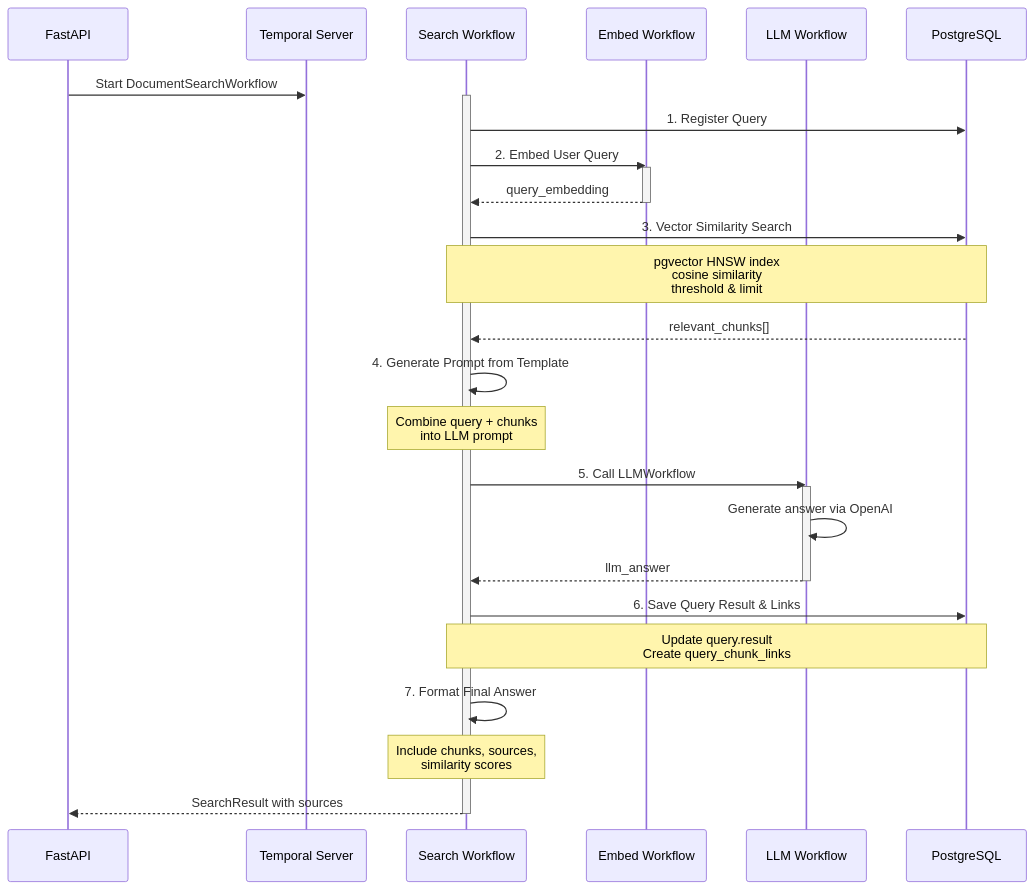
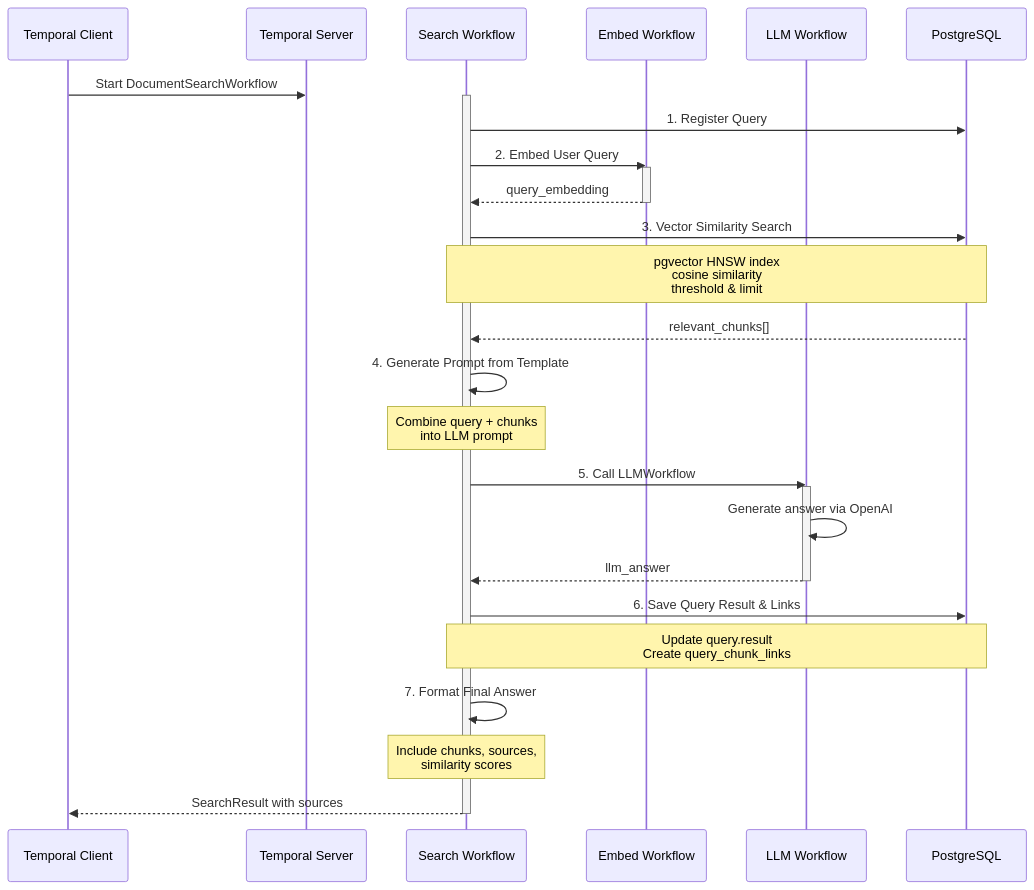
One commit to winnin/gdai changed the fourth of 4 diagrams in README.md. Above: the diagram before and after it, drawn with Mermaid. The commit also changed other lines of this file and 21 other files, not shown here.

First line of the commit message:
refactor: remove API layer and transition to Temporal-only architecture

````diff
--- a/README.md
+++ b/README.md
@@ -264,41 +254,41 @@
 ```mermaid
 sequenceDiagram
-    participant API as FastAPI
+    participant Client as Temporal Client
     participant Temporal as Temporal Server
     participant SearchWF as Search Workflow
     participant EmbedWF as Embed Workflow
     participant LLMWF as LLM Workflow
     participant DB as PostgreSQL
 
-    API->>Temporal: Start DocumentSearchWorkflow
+    Client->>Temporal: Start DocumentSearchWorkflow
     activate SearchWF
 
     SearchWF->>DB: 1. Register Query
 
     SearchWF->>EmbedWF: 2. Embed User Query
     activate EmbedWF
     EmbedWF-->>SearchWF: query_embedding
     deactivate EmbedWF
 
     SearchWF->>DB: 3. Vector Similarity Search
     Note over SearchWF,DB: pgvector HNSW index<br/>cosine similarity<br/>threshold & limit
     DB-->>SearchWF: relevant_chunks[]
 
     SearchWF->>SearchWF: 4. Generate Prompt from Template
     Note over SearchWF: Combine query + chunks<br/>into LLM prompt
 
     SearchWF->>LLMWF: 5. Call LLMWorkflow
     activate LLMWF
     LLMWF->>LLMWF: Generate answer via OpenAI
     LLMWF-->>SearchWF: llm_answer
     deactivate LLMWF
 
     SearchWF->>DB: 6. Save Query Result & Links
     Note over SearchWF,DB: Update query.result<br/>Create query_chunk_links
 
     SearchWF->>SearchWF: 7. Format Final Answer
     Note over SearchWF: Include chunks, sources,<br/>similarity scores
 
-    SearchWF-->>API: SearchResult with sources
+    SearchWF-->>Client: SearchResult with sources
     deactivate SearchWF
 ```
````
